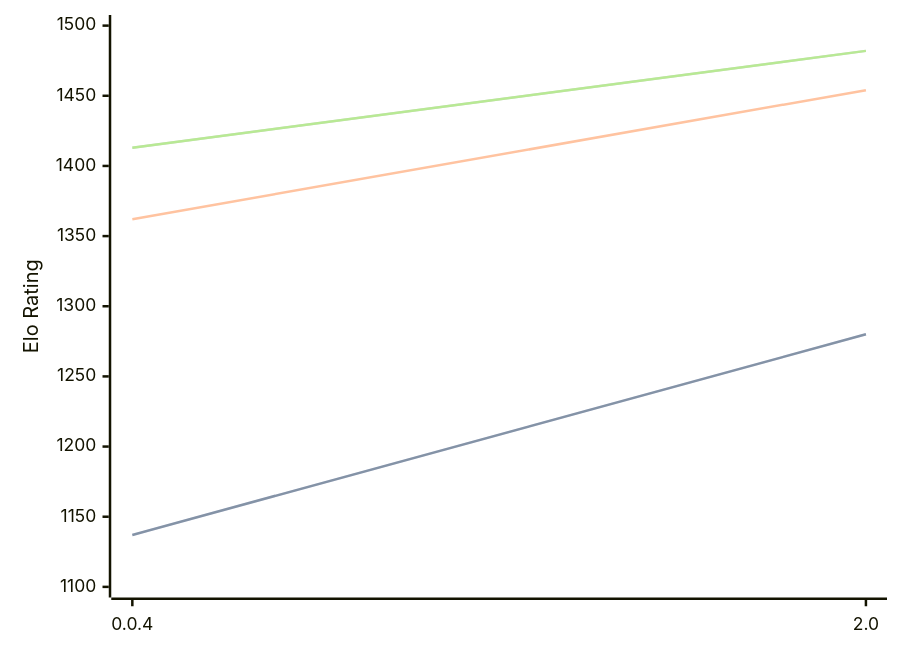
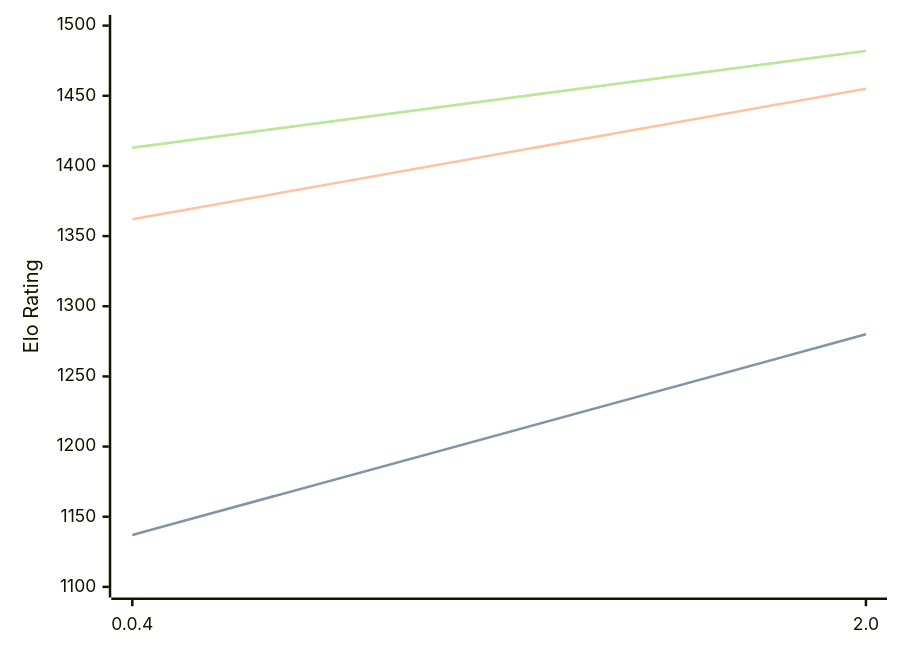
The diagram in engines/Oops!Mate.md (computer-chess-index/cci), drawn with Mermaid before and after one commit. The commit also changed other lines of this file, not shown here.

````diff
--- a/engines/Oops!Mate.md
+++ b/engines/Oops!Mate.md
@@ -33,11 +33,11 @@
 ```mermaid
 %%{init: {"theme":"base","themeVariables":{"seriesColors:['#a3a3a3','#222221','#faa371']}}}%%
 xychart-beta
   x-axis ["0.0.4", "2.0"]
   y-axis "Elo Rating" 1100 --> 1500
   line "" [1137, 1280]
   line "STC (8.0+0.08s)" [1137, 1280]
-  line "LTC (60.0+0.60s)" [1362, 1454]
+  line "LTC (60.0+0.60s)" [1362, 1455]
   line "" [1413, 1482]
   line "VLTC (2m24s+1.12s)" [1413, 1482]
 ```
````
